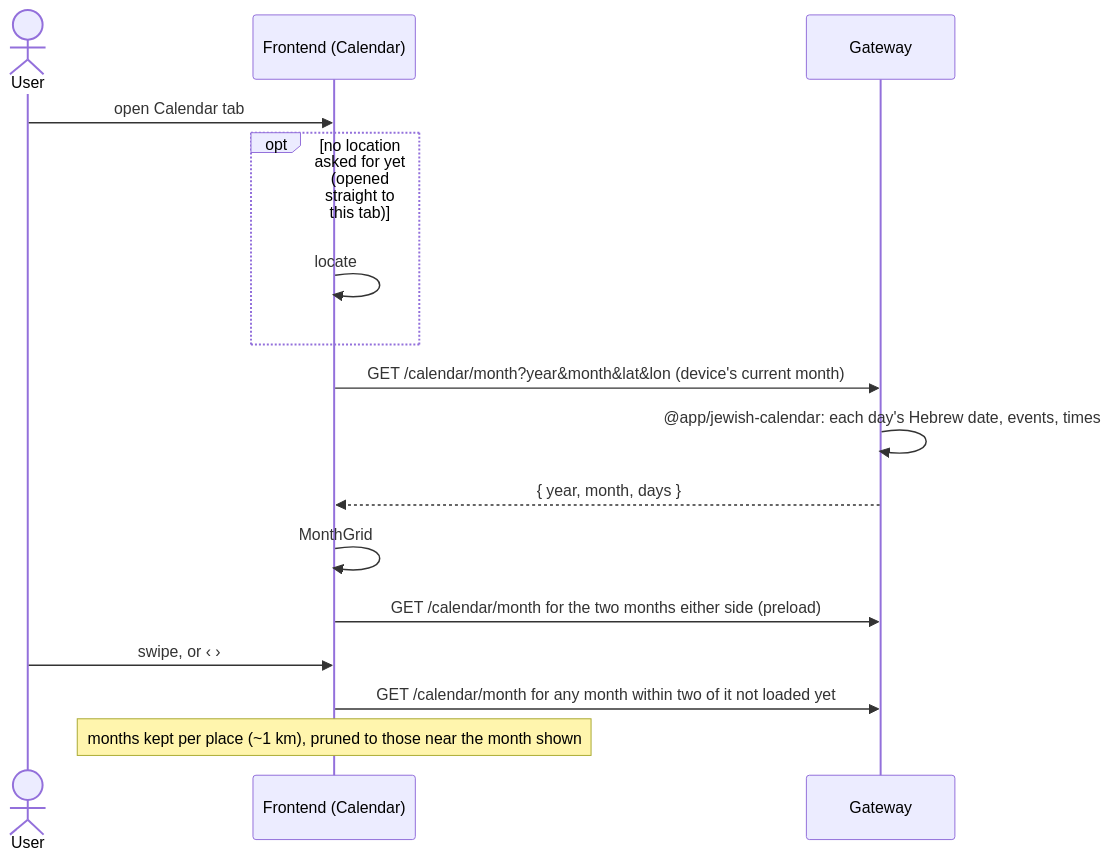
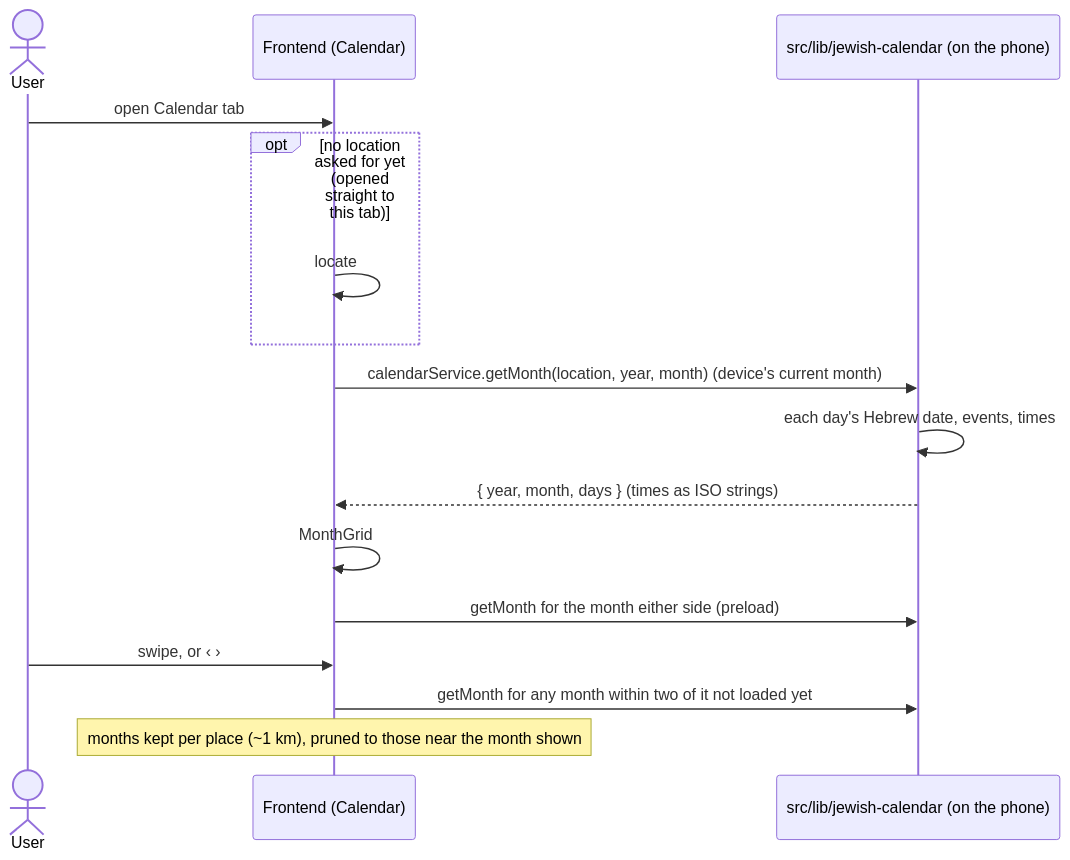
The fifth of 9 diagrams in docs/specs/architecture.md (LidorElmakaies/personal-copilot), drawn with Mermaid before and after one commit. The commit also changed other lines of this file and 15 other files, not shown here.

First line of the commit message:
Android-only refactor: the app computes the calendar itself (R2.4)

````diff
--- a/docs/specs/architecture.md
+++ b/docs/specs/architecture.md
@@ -200,19 +201,19 @@
 ```mermaid
 sequenceDiagram
     actor User
     participant App as Frontend (Calendar)
-    participant Gateway
+    participant Lib as src/lib/jewish-calendar (on the phone)
 
     User->>App: open Calendar tab
     opt no location asked for yet (opened straight to this tab)
         App->>App: locate
     end
-    App->>Gateway: GET /calendar/month?year&month&lat&lon (device's current month)
-    Gateway->>Gateway: @app/jewish-calendar: each day's Hebrew date, events, times
-    Gateway-->>App: { year, month, days }
+    App->>Lib: calendarService.getMonth(location, year, month) (device's current month)
+    Lib->>Lib: each day's Hebrew date, events, times
+    Lib-->>App: { year, month, days } (times as ISO strings)
     App->>App: MonthGrid
-    App->>Gateway: GET /calendar/month for the two months either side (preload)
+    App->>Lib: getMonth for the month either side (preload)
     User->>App: swipe, or ‹ ›
-    App->>Gateway: GET /calendar/month for any month within two of it not loaded yet
+    App->>Lib: getMonth for any month within two of it not loaded yet
     Note over App: months kept per place (~1 km), pruned to those near the month shown
 ```
````
